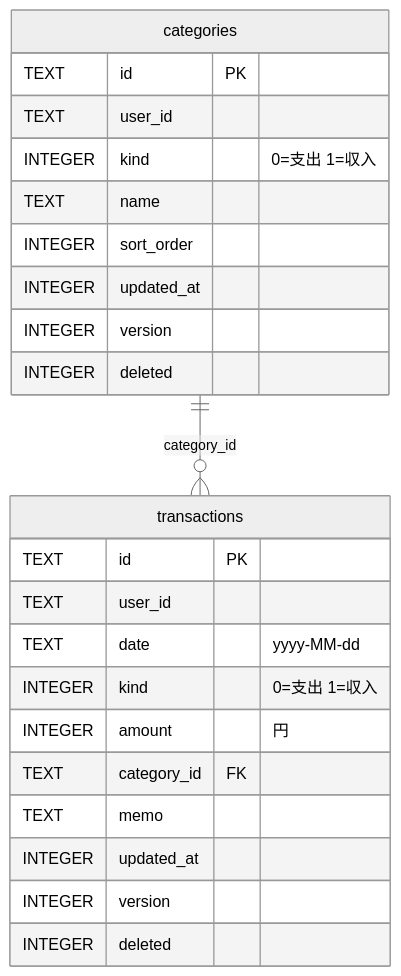
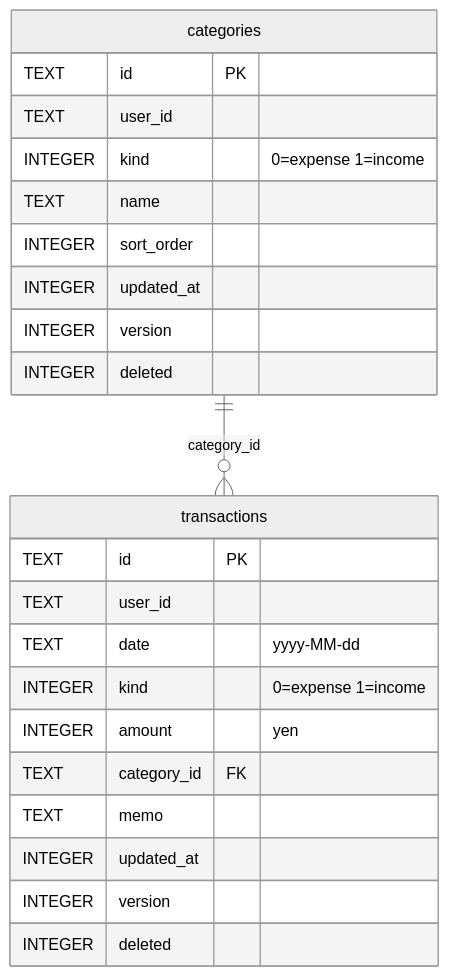
The third of 3 diagrams in docs/architecture.md (redamoon/kakeibo), drawn with Mermaid (neutral theme) before and after one commit. The commit also changed other lines of this file and 5 other files, not shown here.

````diff
--- a/docs/architecture.md
+++ b/docs/architecture.md
@@ -124,26 +126,26 @@
 ```mermaid
 erDiagram
     categories ||--o{ transactions : "category_id"
     categories {
         TEXT id PK
         TEXT user_id
-        INTEGER kind "0=支出 1=収入"
+        INTEGER kind "0=expense 1=income"
         TEXT name
         INTEGER sort_order
         INTEGER updated_at
         INTEGER version
         INTEGER deleted
     }
     transactions {
         TEXT id PK
         TEXT user_id
         TEXT date "yyyy-MM-dd"
-        INTEGER kind "0=支出 1=収入"
-        INTEGER amount "円"
+        INTEGER kind "0=expense 1=income"
+        INTEGER amount "yen"
         TEXT category_id FK
         TEXT memo
         INTEGER updated_at
         INTEGER version
         INTEGER deleted
     }
 ```
````
